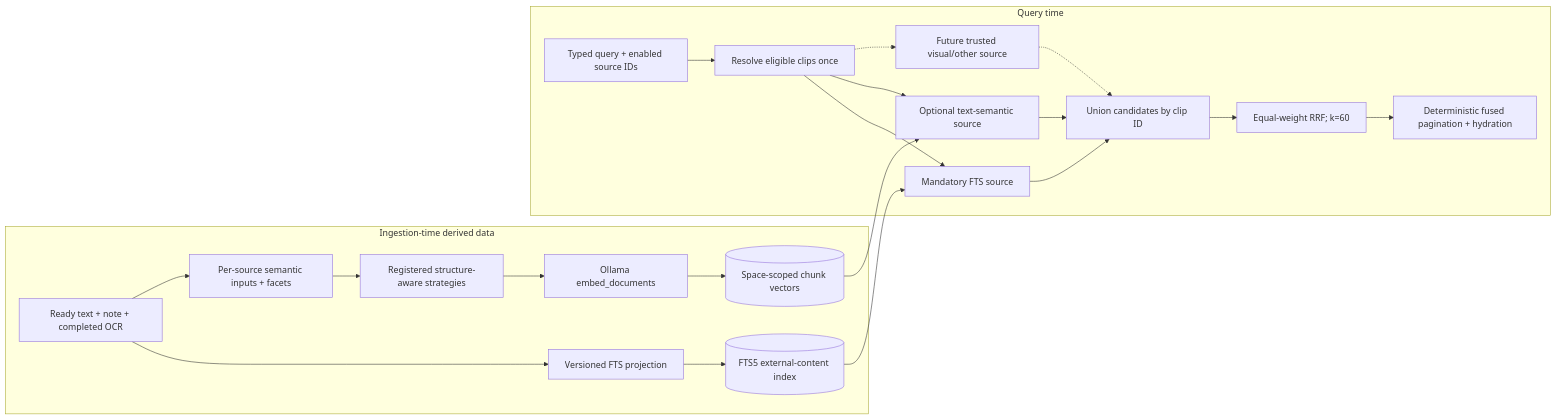
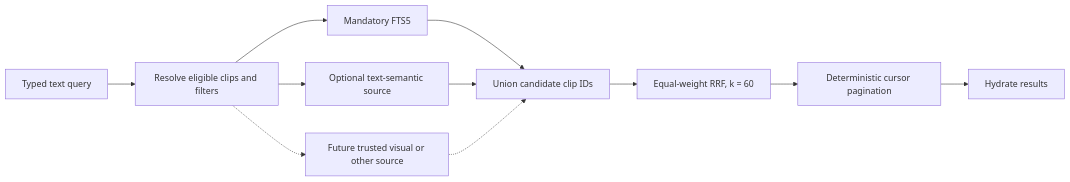
Before and after one commit to azure06/clipsx: the second of 2 diagrams in docs/ARCHITECTURE.md, drawn with Mermaid. The commit also changed other lines of this file and 5 other files, not shown here.

Commit message:
docs: reconcile architecture and remaining roadmap

````diff
--- a/docs/ARCHITECTURE.md
+++ b/docs/ARCHITECTURE.md
@@ -495,25 +85,13 @@
 ```mermaid
 flowchart LR
-  subgraph Ingest["Ingestion-time derived data"]
-    Sources["Ready text + note + completed OCR"] --> Projection["Versioned FTS projection"]
-    Projection --> FTS[(FTS5 external-content index)]
-    Sources --> SemanticInputs["Per-source semantic inputs + facets"]
-    SemanticInputs --> Chunker["Registered structure-aware strategies"]
-    Chunker --> DocEmbed["Ollama embed_documents"]
-    DocEmbed --> Vectors[("Space-scoped chunk vectors")]
-  end
-
-  subgraph QueryPath["Query time"]
-    React["Typed query + enabled source IDs"] --> Filters["Resolve eligible clips once"]
-    Filters --> FTSQuery["Mandatory FTS source"]
-    Filters --> SemanticQuery["Optional text-semantic source"]
-    Filters -.-> Future["Future trusted visual/other source"]
-    FTS --> FTSQuery
-    Vectors --> SemanticQuery
-    FTSQuery --> Union["Union candidates by clip ID"]
-    SemanticQuery --> Union
+    Q[Typed text query] --> F[Resolve eligible clips and filters]
+    F --> FTS[Mandatory FTS5]
+    F --> Semantic[Optional text-semantic source]
+    F -.-> Future[Future trusted visual or other source]
+    FTS --> Union[Union candidate clip IDs]
+    Semantic --> Union
     Future -.-> Union
-    Union --> RRF["Equal-weight RRF; k=60"]
-    RRF --> Page["Deterministic fused pagination + hydration"]
-  end
+    Union --> Fusion[Equal-weight RRF, k = 60]
+    Fusion --> Page[Deterministic cursor pagination]
+    Page --> Result[Hydrate results]
 ```
````
